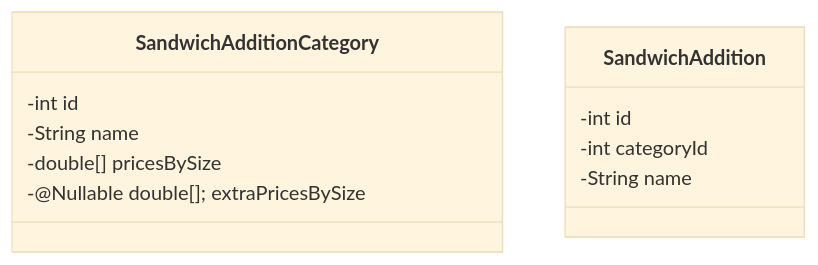
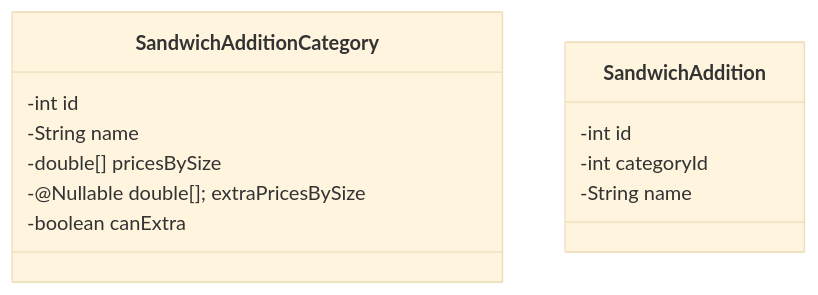
The third of 4 diagrams in diagrams/class_diagrams.md (yuujn/nuclear-subs), drawn with Mermaid (base theme) before and after one commit. The commit also changed 2 other files, not shown here.

Commit message:
add can-extra to category data file
This field describes whether the customer is allowed to request extra
of a given sandwich component.

````diff
--- a/diagrams/class_diagrams.md
+++ b/diagrams/class_diagrams.md
@@ -71,14 +71,15 @@
 ```mermaid
 classDiagram
     class SandwichAdditionCategory {
         -int id
         -String name
         -double[] pricesBySize
         -@Nullable double[]; extraPricesBySize
+        -boolean canExtra
     }
     class SandwichAddition {
         -int id
         -int categoryId
         -String name
     }
 ```
````
